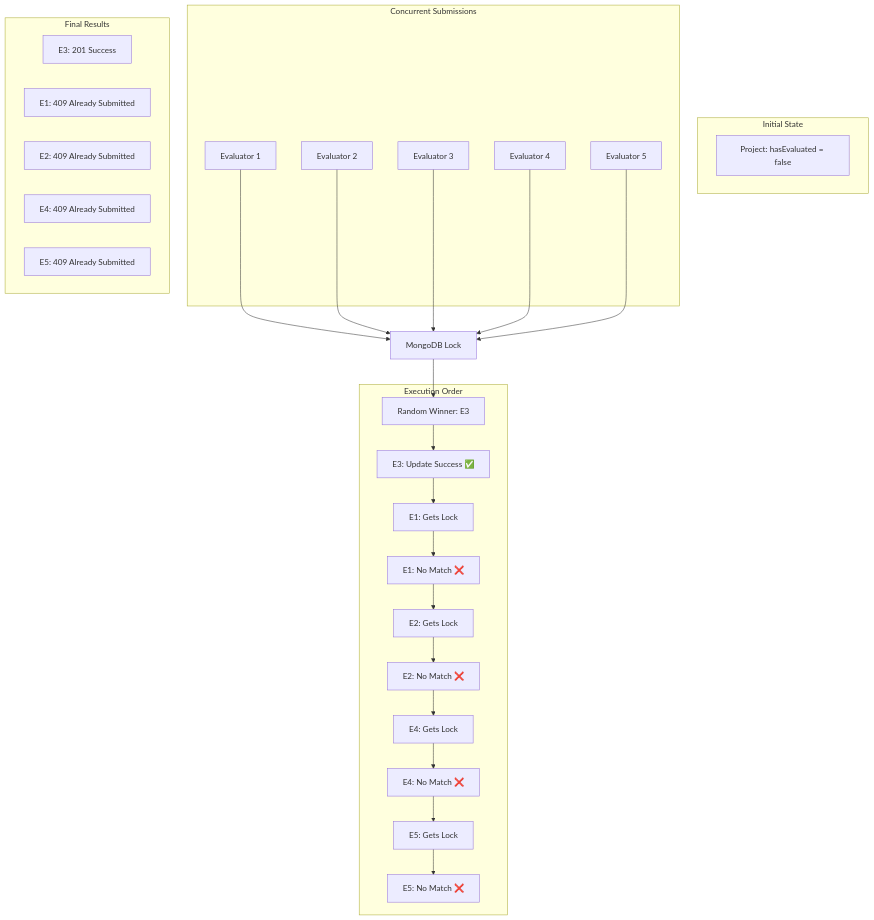
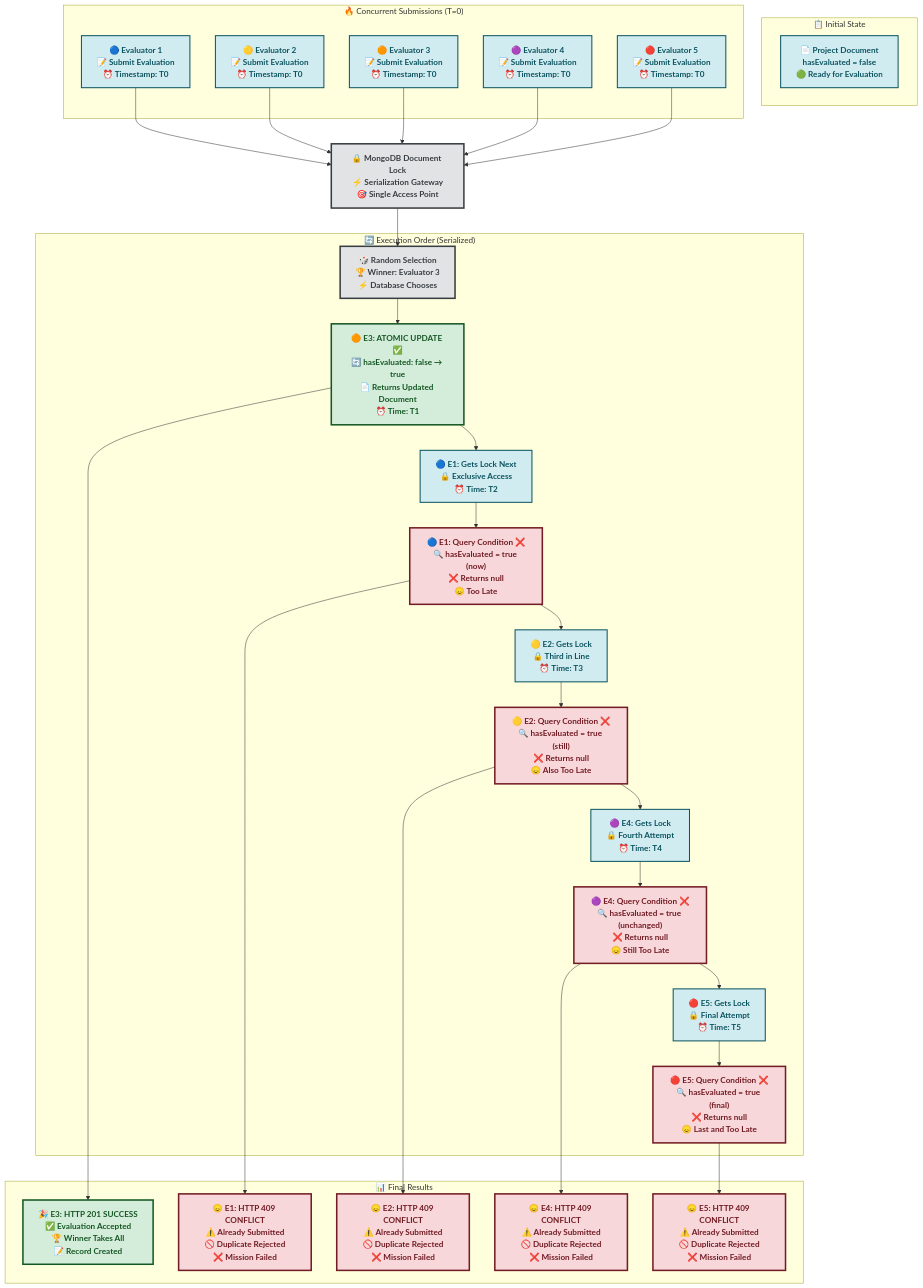
Before and after one commit to nikeshgamal24/College-Project-Management-System: the sixth of 7 diagrams in Concurrent-Evaluation-Handling-Analysis.md, drawn with Mermaid. The commit also changed other lines of this file, not shown here.

Commit message:
concurrent-evaluation-submission markdown file issue handle

````diff
--- a/Concurrent-Evaluation-Handling-Analysis.md
+++ b/Concurrent-Evaluation-Handling-Analysis.md
@@ -283,42 +293,58 @@
 ```mermaid
 graph TD
-    subgraph "Initial State"
-        P1[Project: hasEvaluated = false]
+    subgraph IS ["📋 Initial State"]
+        P1["📄 Project Document<br/>hasEvaluated = false<br/>🟢 Ready for Evaluation"]
     end
     
-    subgraph "Concurrent Submissions"
-        E1[Evaluator 1]
-        E2[Evaluator 2]
-        E3[Evaluator 3]
-        E4[Evaluator 4]
-        E5[Evaluator 5]
+    subgraph CS ["🔥 Concurrent Submissions (T=0)"]
+        E1["🔵 Evaluator 1<br/>📝 Submit Evaluation<br/>⏰ Timestamp: T0"]
+        E2["🟡 Evaluator 2<br/>📝 Submit Evaluation<br/>⏰ Timestamp: T0"]
+        E3["🟠 Evaluator 3<br/>📝 Submit Evaluation<br/>⏰ Timestamp: T0"]
+        E4["🟣 Evaluator 4<br/>📝 Submit Evaluation<br/>⏰ Timestamp: T0"]
+        E5["🔴 Evaluator 5<br/>📝 Submit Evaluation<br/>⏰ Timestamp: T0"]
     end
     
-    E1 --> ML[MongoDB Lock]
+    E1 --> ML["🔒 MongoDB Document Lock<br/>⚡ Serialization Gateway<br/>🎯 Single Access Point"]
     E2 --> ML
     E3 --> ML
     E4 --> ML
     E5 --> ML
     
-    ML --> W[Random Winner: E3]
+    ML --> W["🎲 Random Selection<br/>🏆 Winner: Evaluator 3<br/>⚡ Database Chooses"]
     
-    subgraph "Execution Order"
-        W --> U1[E3: Update Success ✅]
-        U1 --> W2[E1: Gets Lock]
-        W2 --> U2[E1: No Match ❌]
-        U2 --> W3[E2: Gets Lock]
-        W3 --> U3[E2: No Match ❌]
-        U3 --> W4[E4: Gets Lock]
-        W4 --> U4[E4: No Match ❌]
-        U4 --> W5[E5: Gets Lock]
-        W5 --> U5[E5: No Match ❌]
+    subgraph EO ["🔄 Execution Order (Serialized)"]
+        W --> U1["🟠 E3: ATOMIC UPDATE ✅<br/>🔄 hasEvaluated: false → true<br/>📄 Returns Updated Document<br/>⏰ Time: T1"]
+        U1 --> W2["🔵 E1: Gets Lock Next<br/>🔒 Exclusive Access<br/>⏰ Time: T2"]
+        W2 --> U2["🔵 E1: Query Condition ❌<br/>🔍 hasEvaluated = true (now)<br/>❌ Returns null<br/>😞 Too Late"]
+        U2 --> W3["🟡 E2: Gets Lock<br/>🔒 Third in Line<br/>⏰ Time: T3"]
+        W3 --> U3["🟡 E2: Query Condition ❌<br/>🔍 hasEvaluated = true (still)<br/>❌ Returns null<br/>😞 Also Too Late"]
+        U3 --> W4["🟣 E4: Gets Lock<br/>🔒 Fourth Attempt<br/>⏰ Time: T4"]
+        W4 --> U4["🟣 E4: Query Condition ❌<br/>🔍 hasEvaluated = true (unchanged)<br/>❌ Returns null<br/>😞 Still Too Late"]
+        U4 --> W5["🔴 E5: Gets Lock<br/>🔒 Final Attempt<br/>⏰ Time: T5"]
+        W5 --> U5["🔴 E5: Query Condition ❌<br/>🔍 hasEvaluated = true (final)<br/>❌ Returns null<br/>😞 Last and Too Late"]
     end
     
-    subgraph "Final Results"
-        R1[E3: 201 Success]
-        R2[E1: 409 Already Submitted]
-        R3[E2: 409 Already Submitted]
-        R4[E4: 409 Already Submitted]
-        R5[E5: 409 Already Submitted]
+    subgraph FR ["📊 Final Results"]
+        R1["🎉 E3: HTTP 201 SUCCESS<br/>✅ Evaluation Accepted<br/>🏆 Winner Takes All<br/>📝 Record Created"]
+        R2["😞 E1: HTTP 409 CONFLICT<br/>⚠️ Already Submitted<br/>🚫 Duplicate Rejected<br/>❌ Mission Failed"]
+        R3["😞 E2: HTTP 409 CONFLICT<br/>⚠️ Already Submitted<br/>🚫 Duplicate Rejected<br/>❌ Mission Failed"]
+        R4["😞 E4: HTTP 409 CONFLICT<br/>⚠️ Already Submitted<br/>🚫 Duplicate Rejected<br/>❌ Mission Failed"]
+        R5["😞 E5: HTTP 409 CONFLICT<br/>⚠️ Already Submitted<br/>🚫 Duplicate Rejected<br/>❌ Mission Failed"]
     end
+
+    U1 --> R1
+    U2 --> R2
+    U3 --> R3
+    U4 --> R4
+    U5 --> R5
+
+    classDef winnerStyle fill:#d4edda,stroke:#155724,stroke-width:3px,color:#155724,font-weight:bold
+    classDef loserStyle fill:#f8d7da,stroke:#721c24,stroke-width:3px,color:#721c24,font-weight:bold
+    classDef processStyle fill:#d1ecf1,stroke:#0c5460,stroke-width:2px,color:#0c5460,font-weight:bold
+    classDef lockStyle fill:#e2e3e5,stroke:#383d41,stroke-width:3px,color:#383d41,font-weight:bold
+
+    class U1,R1 winnerStyle
+    class U2,U3,U4,U5,R2,R3,R4,R5 loserStyle
+    class E1,E2,E3,E4,E5,W2,W3,W4,W5,P1 processStyle
+    class ML,W lockStyle
 ```
````
